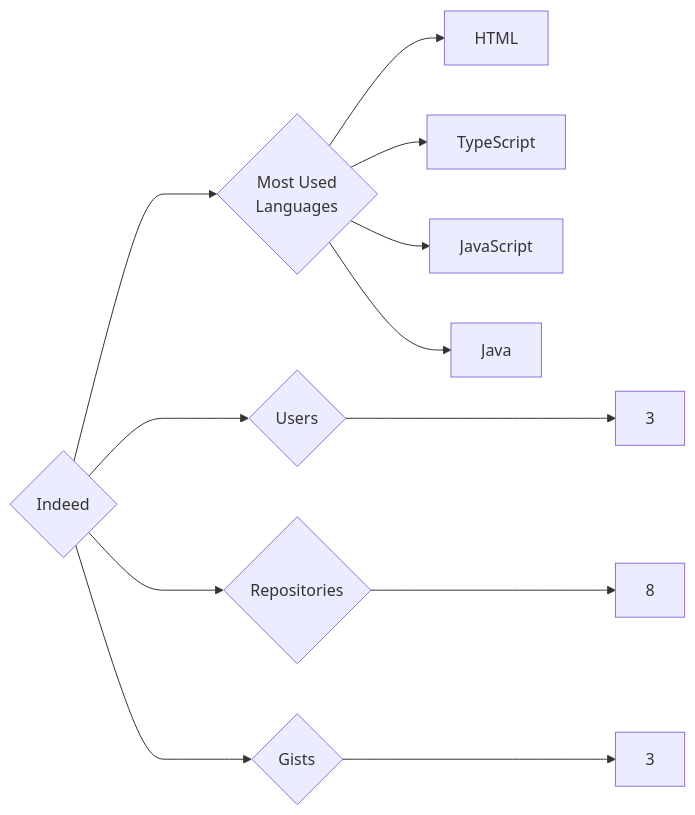
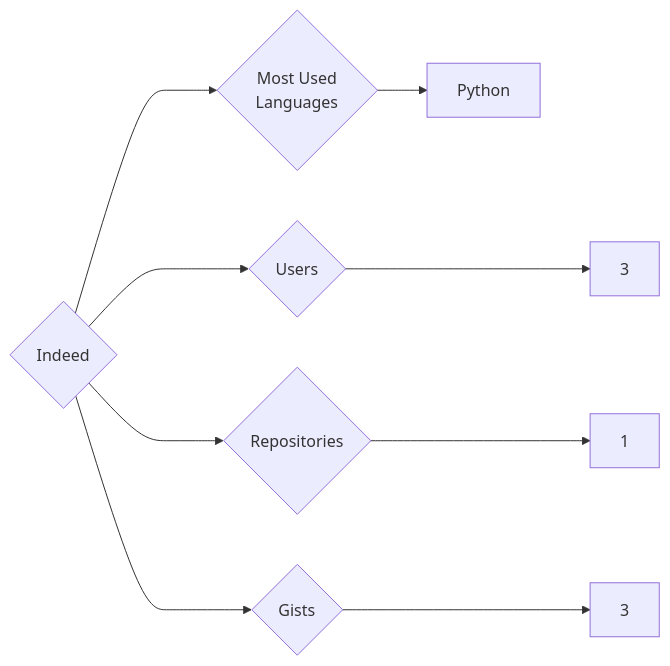
The diagram in targets/Indeed/README.md (trickest/insiders), drawn with Mermaid before and after one commit. The commit also changed 1084 other files, not shown here.

````diff
--- a/targets/Indeed/README.md
+++ b/targets/Indeed/README.md
@@ -3,12 +3,9 @@
 ```mermaid
 graph LR
 COMPANY_NAME{Indeed}
 COMPANY_NAME ---> U{Users} ---> UN[3]
-COMPANY_NAME ---> R{Repositories} ---> RN[8]
+COMPANY_NAME ---> R{Repositories} ---> RN[1]
 COMPANY_NAME ---> G{Gists} ---> GN[3]
 COMPANY_NAME ---> ML{Most Used<br>Languages}
-ML --> HTML[HTML]
-ML --> TypeScript[TypeScript]
-ML --> JavaScript[JavaScript]
-ML --> Java[Java]
+ML --> Python[Python]
 ```
````
